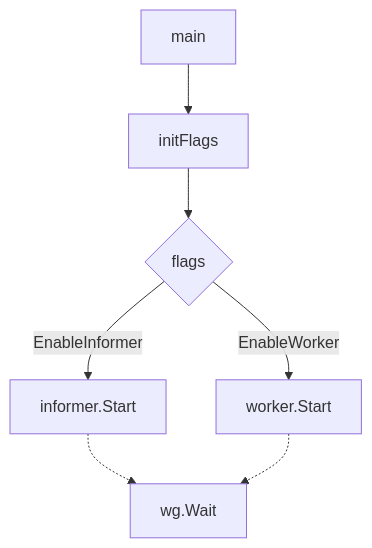
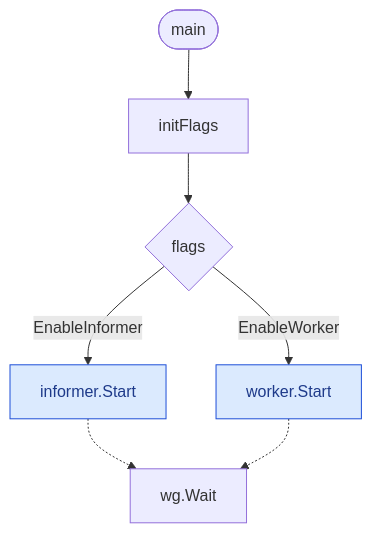
Before and after one commit to h0tbird/k-swarm: the third of 6 diagrams in docs/architecture.md, drawn with Mermaid. The commit also changed other lines of this file, not shown here.

Commit message:
Fix diagrams

````diff
--- a/docs/architecture.md
+++ b/docs/architecture.md
@@ -136,9 +155,12 @@
 ```mermaid
 flowchart TD
-    M[main] --> F[initFlags]
+    M([main]) --> F[initFlags]
     F --> D{flags}
     D -->|EnableInformer| I[informer.Start]
     D -->|EnableWorker| W[worker.Start]
     I -.-> Wait[wg.Wait]
     W -.-> Wait
+
+    classDef role fill:#dbeafe,stroke:#1d4ed8,color:#1e3a8a;
+    class I,W role;
 ```
````
